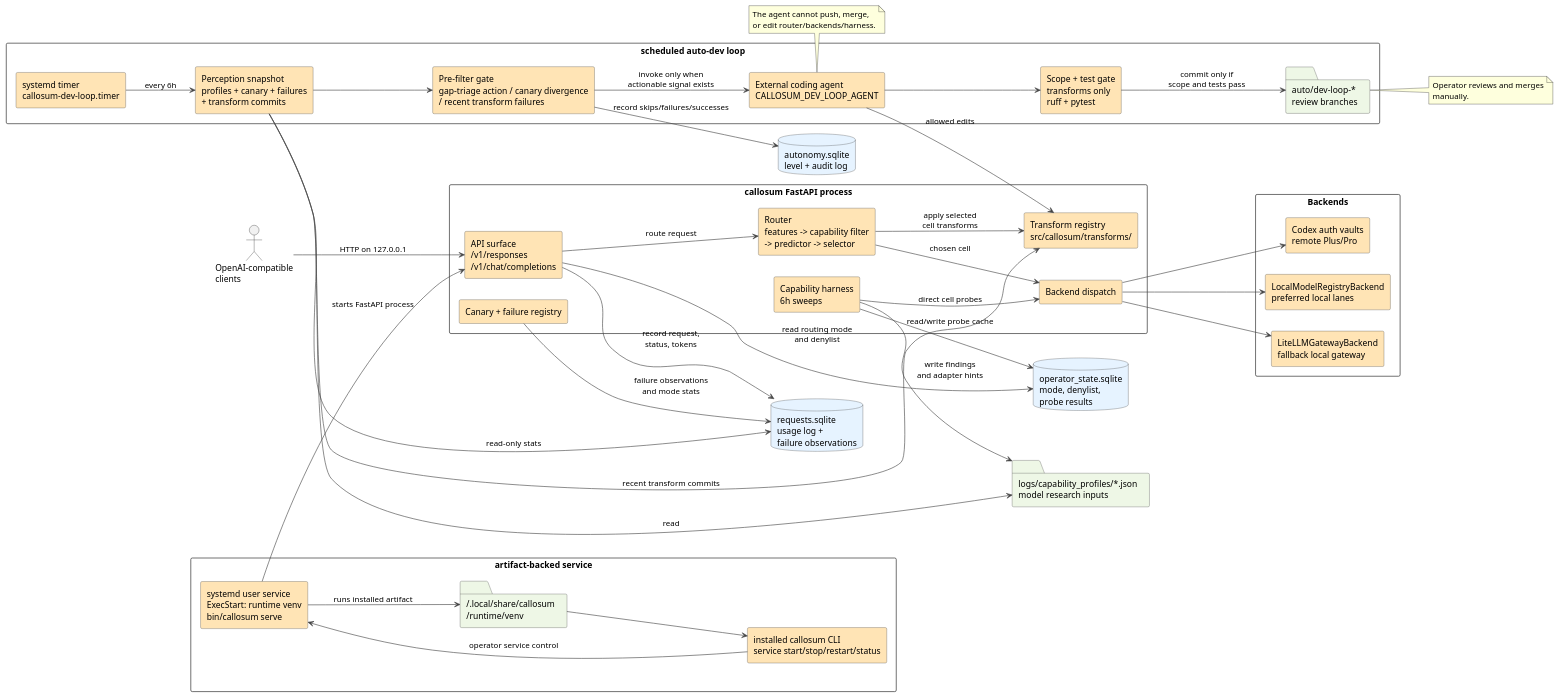
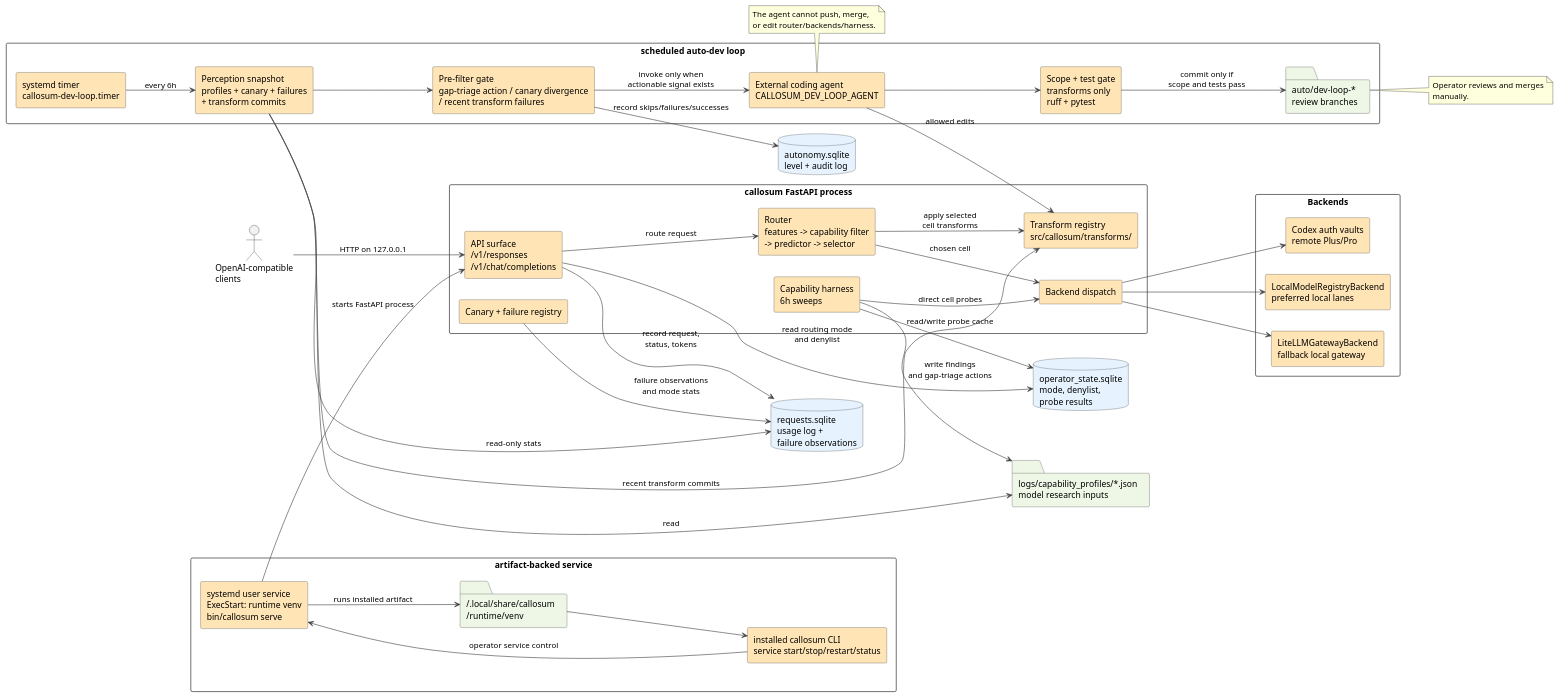
One commit to rohankhanna/callosum changed the diagram in docs/architecture/runtime_topology.puml. Above: the diagram before and after it, drawn with PlantUML. The commit also changed 4 other files, not shown here.

```diff
--- a/docs/architecture/runtime_topology.puml
+++ b/docs/architecture/runtime_topology.puml
@@ -1,97 +1,97 @@
 @startuml runtime_topology
 ' Callosum runtime topology — process/module view plus the self-observation
 ' and dev-loop path that can produce transform-only review branches.
 
 skinparam backgroundColor #FFFFFF
 skinparam defaultFontName "Helvetica"
 skinparam shadowing false
 skinparam componentStyle rectangle
 skinparam packageStyle rectangle
 skinparam ArrowColor #444444
 skinparam ComponentBorderColor #444444
 skinparam ComponentBackgroundColor #FFE4B5
 skinparam DatabaseBorderColor #444444
 skinparam DatabaseBackgroundColor #E6F3FF
 skinparam FolderBorderColor #444444
 skinparam FolderBackgroundColor #EEF7E6
 
 left to right direction
 
 actor "OpenAI-compatible\nclients" as Clients
 
 package "artifact-backed service" as ServiceRuntime {
   component "systemd user service\nExecStart: runtime venv\nbin/callosum serve" as ServiceUnit
   folder "~/.local/share/callosum\n/runtime/venv" as RuntimeVenv
   component "installed callosum CLI\nservice start/stop/restart/status" as RuntimeCli
 }
 
 package "callosum FastAPI process" as Proxy {
   component "API surface\n/v1/responses\n/v1/chat/completions" as API
   component "Router\nfeatures -> capability filter\n-> predictor -> selector" as Router
   component "Transform registry\nsrc/callosum/transforms/" as Transforms
   component "Backend dispatch" as Dispatch
   component "Capability harness\n6h sweeps" as Harness
   component "Canary + failure registry" as Canary
 }
 
 package "Backends" as Backends {
   component "Codex auth vaults\nremote Plus/Pro" as Codex
   component "LocalModelRegistryBackend\npreferred local lanes" as Local
   component "LiteLLMGatewayBackend\nfallback local gateway" as LiteLLM
 }
 
 database "operator_state.sqlite\nmode, denylist,\nprobe results" as OperatorState
 database "requests.sqlite\nusage log +\nfailure observations" as UsageLog
 folder "logs/capability_profiles/*.json\nmodel research inputs" as Profiles
 database "autonomy.sqlite\nlevel + audit log" as Autonomy
 
 package "scheduled auto-dev loop" as AutoDev {
   component "systemd timer\ncallosum-dev-loop.timer" as Timer
   component "Perception snapshot\nprofiles + canary + failures\n+ transform commits" as Perception
   component "Pre-filter gate\ngap-triage action / canary divergence\n/ recent transform failures" as Gate
   component "External coding agent\nCALLOSUM_DEV_LOOP_AGENT" as Agent
   component "Scope + test gate\ntransforms only\nruff + pytest" as Verify
   folder "auto/dev-loop-*\nreview branches" as Branches
 }
 
 Clients --> API : HTTP on 127.0.0.1
 ServiceUnit --> RuntimeVenv : runs installed artifact
 RuntimeVenv --> RuntimeCli
 RuntimeCli --> ServiceUnit : operator service control
 ServiceUnit --> API : starts FastAPI process
 API --> OperatorState : read routing mode\nand denylist
 API --> Router : route request
 Router --> Transforms : apply selected\ncell transforms
 Router --> Dispatch : chosen cell
 Dispatch --> Codex
 Dispatch --> Local
 Dispatch --> LiteLLM
 API --> UsageLog : record request,\nstatus, tokens
 
 Harness --> Dispatch : direct cell probes
 Harness --> OperatorState : read/write probe cache
-Harness --> Profiles : write findings\nand adapter hints
+Harness --> Profiles : write findings\nand gap-triage actions
 Canary --> UsageLog : failure observations\nand mode stats
 
 Timer --> Perception : every 6h
 Perception --> Profiles : read
 Perception --> UsageLog : read-only stats
 Perception --> Transforms : recent transform commits
 Perception --> Gate
 Gate --> Autonomy : record skips/failures/successes
 Gate --> Agent : invoke only when\nactionable signal exists
 Agent --> Transforms : allowed edits
 Agent --> Verify
 Verify --> Branches : commit only if\nscope and tests pass
 
 note bottom of Agent
   The agent cannot push, merge,
   or edit router/backends/harness.
 end note
 
 note right of Branches
   Operator reviews and merges
   manually.
 end note
 
 @enduml
```
